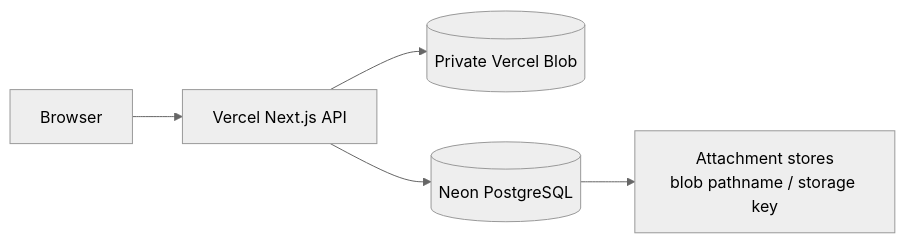
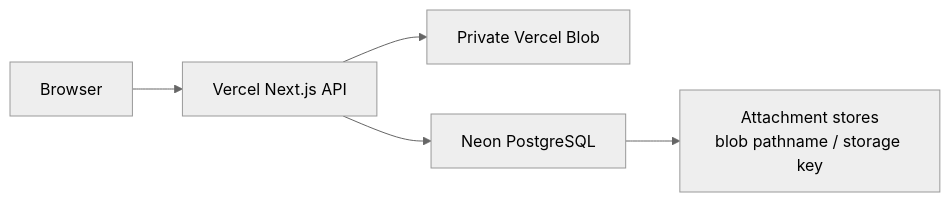
The fourth of 4 diagrams in docs/architecture/image-flow.md (kakumine2001/NoteFable), drawn with Mermaid (neutral theme) before and after one commit. The commit also changed 3 other files, not shown here.

Commit message:
docs: fix GitHub Mermaid rendering

````diff
--- a/docs/architecture/image-flow.md
+++ b/docs/architecture/image-flow.md
@@ -180,7 +180,7 @@
 ```mermaid
 flowchart LR
-    UI[Browser] --> API[Vercel Next.js API]
-    API --> Blob[(Private Vercel Blob)]
-    API --> DB[(Neon PostgreSQL)]
-    DB --> Key[Attachment stores<br/>blob pathname / storage key]
+    UI["Browser"] --> API["Vercel Next.js API"]
+    API --> Blob["Private Vercel Blob"]
+    API --> DB["Neon PostgreSQL"]
+    DB --> Key["Attachment stores<br/>blob pathname / storage key"]
 ```
````
